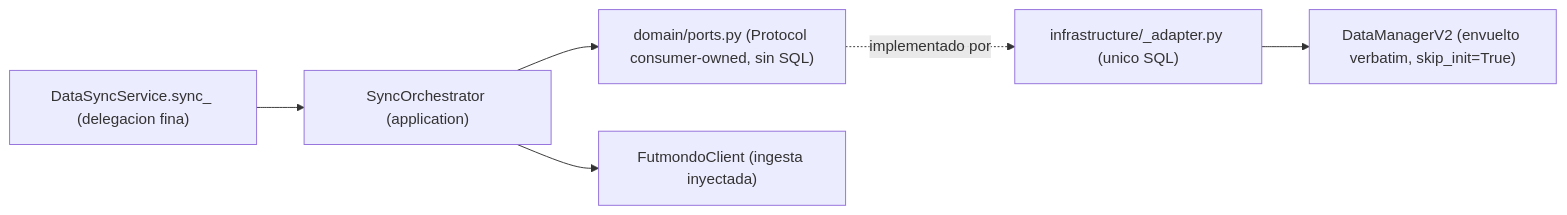
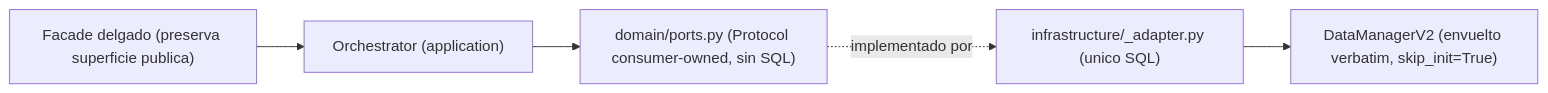
One commit to Mutinho/futmondo-analytics changed the fourth of 4 diagrams in aidlc/spaces/default/codekb/futmondo-analytics/architecture.md. Above: the diagram before and after it, drawn with Mermaid. The commit also changed other lines of this file and 50 other files, not shown here.

````diff
--- a/aidlc/spaces/default/codekb/futmondo-analytics/architecture.md
+++ b/aidlc/spaces/default/codekb/futmondo-analytics/architecture.md
@@ -146,8 +167,7 @@
 ```mermaid
 graph LR
-  DSS["DataSyncService.sync_<domain> (delegacion fina)"] --> ORCH["<Domain>SyncOrchestrator (application)"]
+  FACADE["Facade delgado (preserva superficie publica)"] --> ORCH["<Responsibility>Orchestrator (application)"]
   ORCH --> PORT["domain/ports.py (Protocol consumer-owned, sin SQL)"]
-  ORCH --> CLIENT["FutmondoClient (ingesta inyectada)"]
-  PORT -.implementado por.-> ADAPTER["infrastructure/<domain>_adapter.py (unico SQL)"]
+  PORT -.implementado por.-> ADAPTER["infrastructure/<resp>_adapter.py (unico SQL)"]
   ADAPTER --> DMV2["DataManagerV2 (envuelto verbatim, skip_init=True)"]
 ```
````
